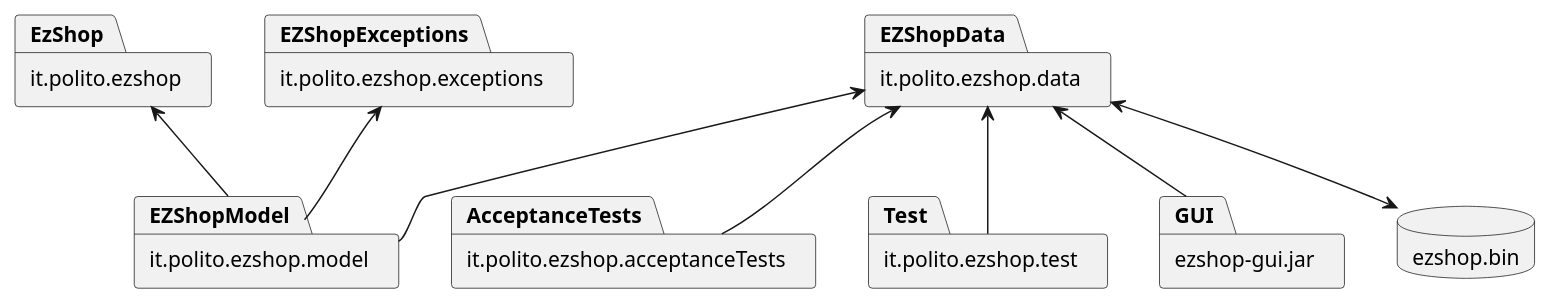
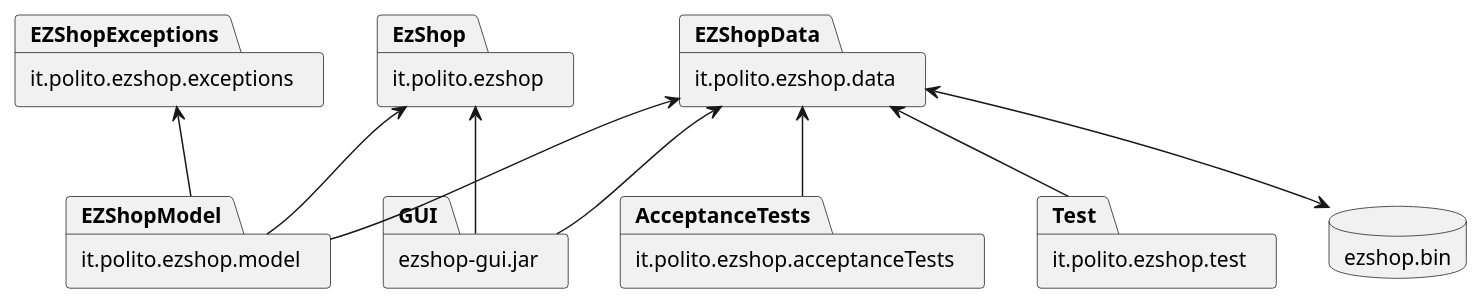
One commit to ThePiromaximus/ezshop changed the first of 19 diagrams in Deliverables/DesignDocument.md. Above: the diagram before and after it, drawn with PlantUML. The commit also changed other lines of this file and 8 other files, not shown here.

````diff
--- a/Deliverables/DesignDocument.md
+++ b/Deliverables/DesignDocument.md
@@ -26,20 +26,21 @@
 ```plantuml
 @startuml
 package it.polito.ezshop as EzShop
 package it.polito.ezshop.data as EZShopData
 package it.polito.ezshop.exceptions as EZShopExceptions
 package it.polito.ezshop.model as EZShopModel
 package it.polito.ezshop.acceptanceTests as AcceptanceTests
 package it.polito.ezshop.test as Test
 package "ezshop-gui.jar" as GUI
 database ezshop.bin as DB
 
+EzShop <-- GUI
 EzShop <-- EZShopModel
 EZShopData <-- EZShopModel
 EZShopExceptions <-- EZShopModel
 EZShopData <-- GUI
 EZShopData <-- AcceptanceTests
 EZShopData <-- Test
 EZShopData <--> DB
 @enduml
 ```
````
